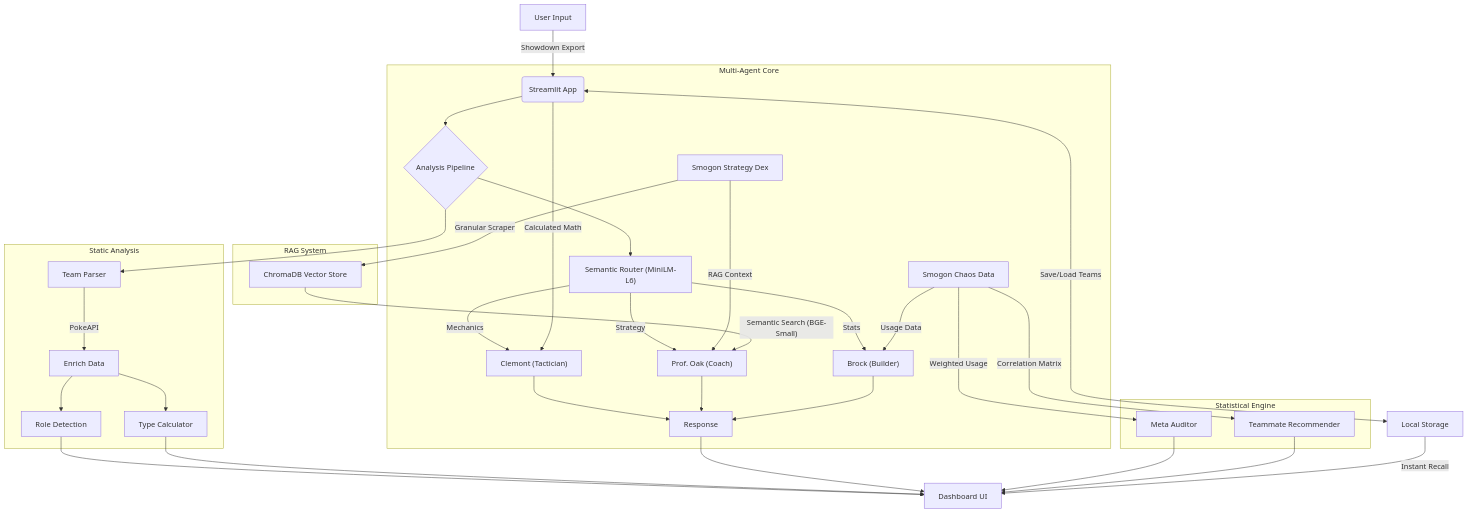
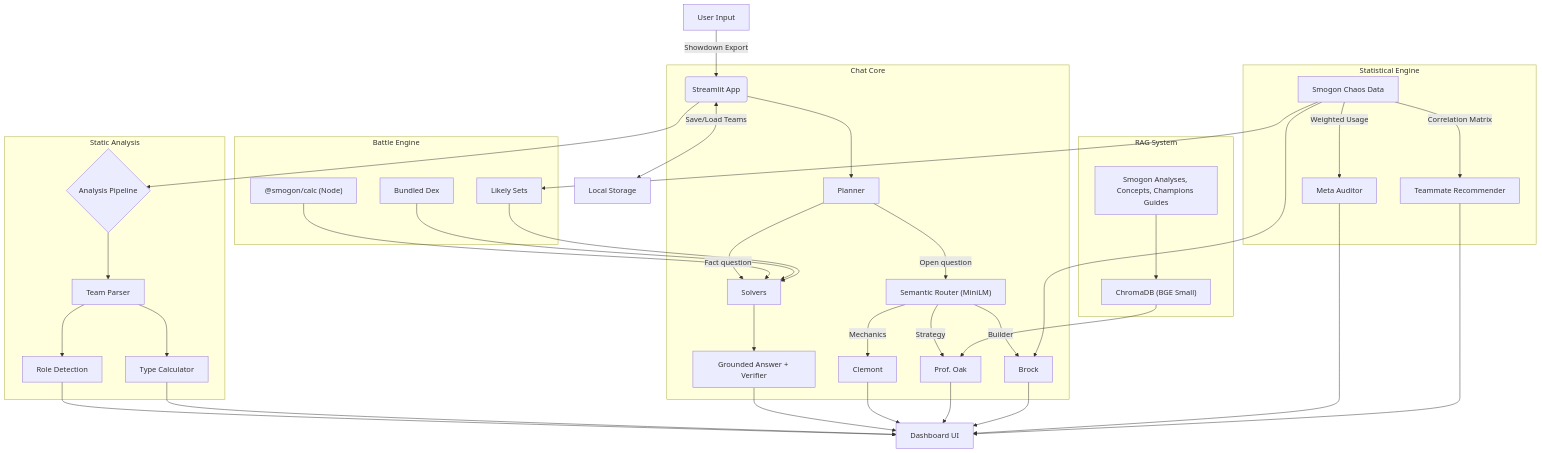
One commit to NamikazeAsh/MetaMatch changed the second of 2 diagrams in README.md. Above: the diagram before and after it, drawn with Mermaid. The commit also changed other lines of this file and 2 other files, not shown here.

Commit message:
Rewrite README with benchmark results and grounded answer pipeline

````diff
--- a/README.md
+++ b/README.md
@@ -131,44 +150,53 @@
 ```mermaid
 graph TD
     A["User Input"] -->|"Showdown Export"| B("Streamlit App")
     B --> C{"Analysis Pipeline"}
     B <-->|"Save/Load Teams"| S["Local Storage"]
 
-    subgraph AI_Core ["Multi-Agent Core"]
-    C --> R["Semantic Router (MiniLM-L6)"]
-    R -->|Mechanics| T["Clemont (Tactician)"]
-    R -->|Strategy| U["Prof. Oak (Coach)"]
-    R -->|Stats| V["Brock (Builder)"]
-    B -->|"Calculated Math"| T
-    H -->|"RAG Context"| U
-    M -->|"Usage Data"| V
-    T --> W[Response]
-    U --> W
-    V --> W
+    subgraph Engine ["Battle Engine"]
+    K["@smogon/calc (Node)"]
+    X["Bundled Dex"]
+    Y["Likely Sets"]
     end
 
-    subgraph RAG_Engine ["RAG System"]
-    H["Smogon Strategy Dex"]
-    H -->|"Granular Scraper"| I["ChromaDB Vector Store"]
-    I -->|"Semantic Search (BGE-Small)"| U
+    subgraph AI_Core ["Chat Core"]
+    B --> PL["Planner"]
+    PL -->|"Fact question"| SO["Solvers"]
+    SO --> GR["Grounded Answer + Verifier"]
+    PL -->|"Open question"| R["Semantic Router (MiniLM)"]
+    R -->|Mechanics| T["Clemont"]
+    R -->|Strategy| U["Prof. Oak"]
+    R -->|Builder| V["Brock"]
     end
 
-    subgraph Static_Analysis ["Static Analysis"]
-    C --> D["Team Parser"]
-    D -->|PokeAPI| E["Enrich Data"]
-    E --> F["Role Detection"]
-    E --> G["Type Calculator"]
+    K --> SO
+    X --> SO
+    Y --> SO
+
+    subgraph RAG_Engine ["RAG System"]
+    H["Smogon Analyses, Concepts, Champions Guides"] --> I["ChromaDB (BGE Small)"]
+    I --> U
     end
 
     subgraph Statistical_Engine ["Statistical Engine"]
     M["Smogon Chaos Data"] -->|"Weighted Usage"| N["Meta Auditor"]
     M -->|"Correlation Matrix"| O["Teammate Recommender"]
+    M --> Y
+    M --> V
+    end
+
+    subgraph Static_Analysis ["Static Analysis"]
+    C --> D["Team Parser"]
+    D --> F["Role Detection"]
+    D --> G["Type Calculator"]
     end
 
     F --> P["Dashboard UI"]
     G --> P
-    W --> P
+    GR --> P
+    T --> P
+    U --> P
+    V --> P
     N --> P
     O --> P
-    S -->|"Instant Recall"| P
 ```
````
